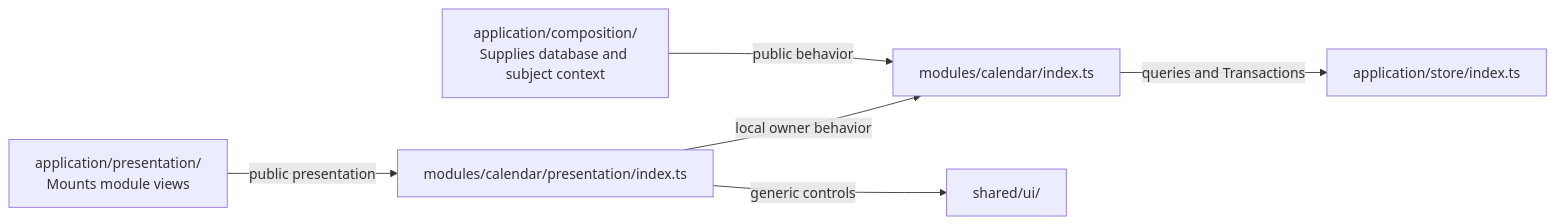
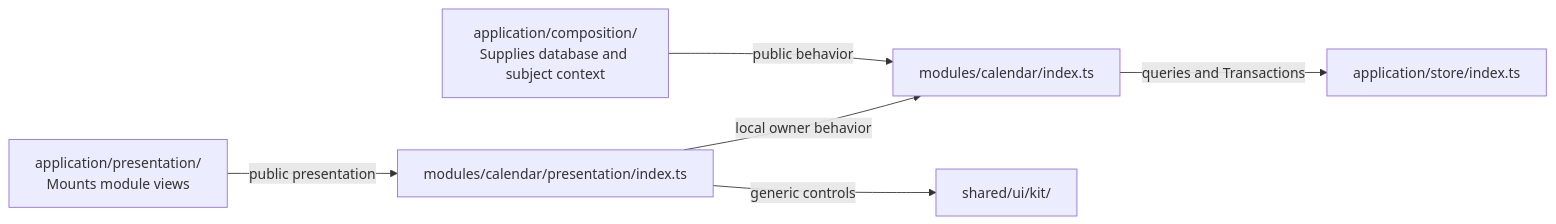
The second of 7 diagrams in app/README.md (JimLundin/vaulter), drawn with Mermaid before and after one commit. The commit also changed other lines of this file, not shown here.

````diff
--- a/app/README.md
+++ b/app/README.md
@@ -124,8 +170,8 @@
 ```mermaid
 flowchart LR
   Shell["application/presentation/\nMounts module views"] -->|public presentation| Presentation["modules/calendar/presentation/index.ts"]
   Composition["application/composition/\nSupplies database and subject context"] -->|public behavior| Interface["modules/calendar/index.ts"]
   Presentation -->|local owner behavior| Interface
-  Presentation -->|generic controls| Shared["shared/ui/"]
+  Presentation -->|generic controls| Shared["shared/ui/kit/"]
   Interface -->|queries and Transactions| Store["application/store/index.ts"]
 ```
````
